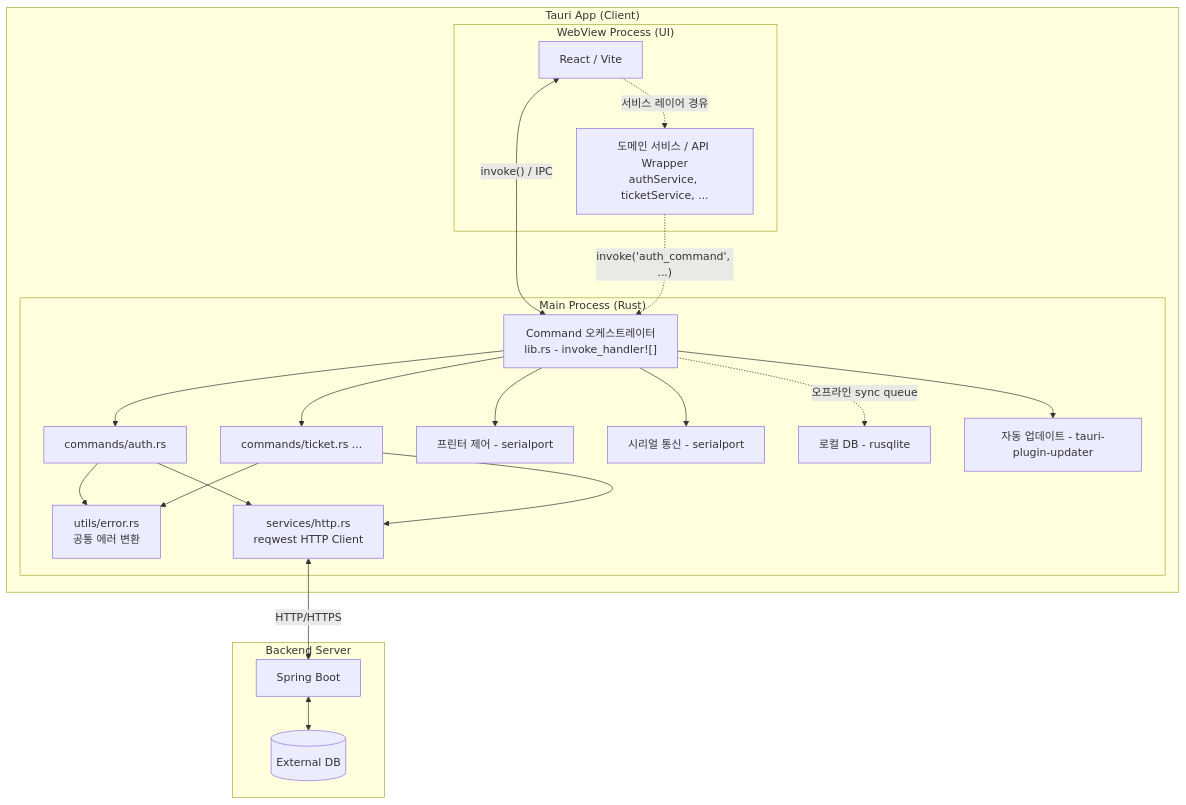
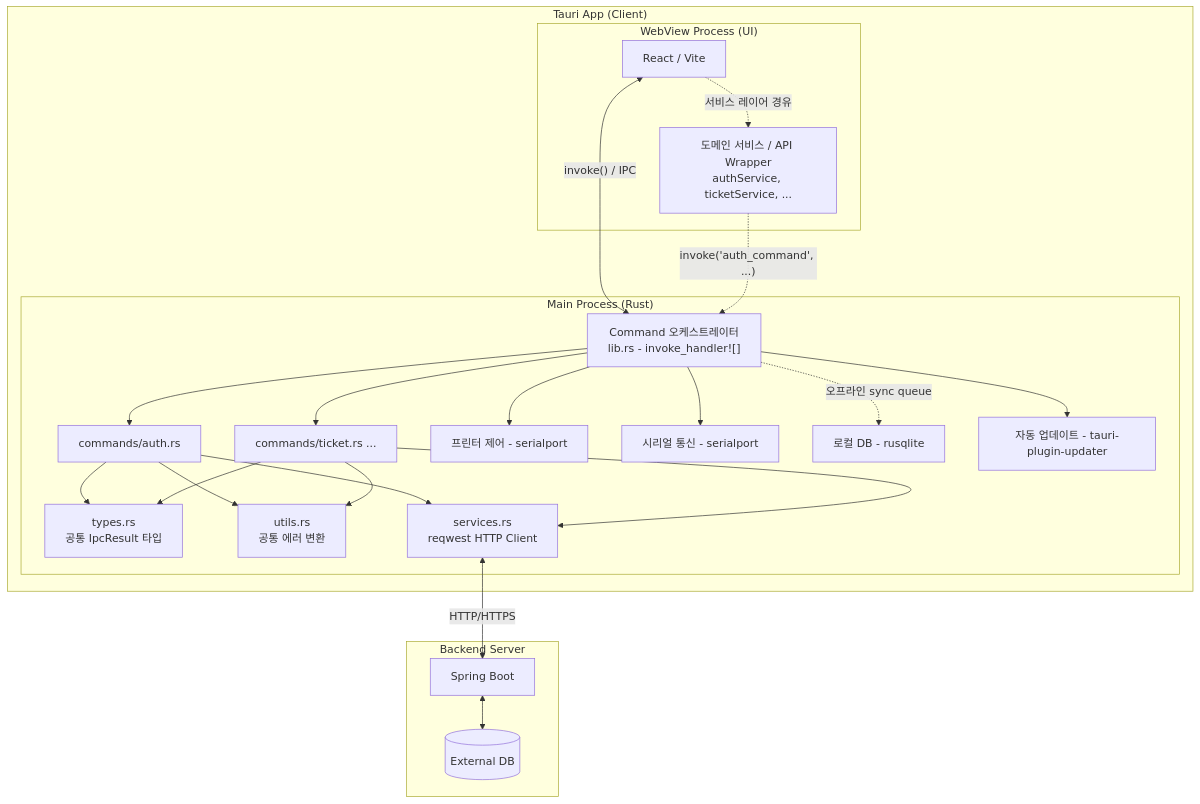
One commit to blueclover22/study_tauri changed the first of 2 diagrams in README.md. Above: the diagram before and after it, drawn with Mermaid. The commit also changed other lines of this file and 20 other files, not shown here.

````diff
--- a/README.md
+++ b/README.md
@@ -110,43 +115,46 @@
 ```mermaid
 graph TD
     subgraph "Tauri App (Client)"
         subgraph "WebView Process (UI)"
             UI[React / Vite]
             API_SVC["도메인 서비스 / API Wrapper\nauthService, ticketService, ..."]
         end
 
         subgraph "Main Process (Rust)"
             CMDS["Command 오케스트레이터\nlib.rs - invoke_handler![]"]
             AUTH_C["commands/auth.rs"]
             TICKET_C["commands/ticket.rs ..."]
-            UTIL["utils/error.rs\n공통 에러 변환"]
-            HTTP["services/http.rs\nreqwest HTTP Client"]
+            TYPES["types.rs\n공통 IpcResult 타입"]
+            UTIL["utils.rs\n공통 에러 변환"]
+            HTTP["services.rs\nreqwest HTTP Client"]
             PRINTER[프린터 제어 - serialport]
             SERIAL[시리얼 통신 - serialport]
             SQLITE["로컬 DB - rusqlite"]
             UPDATER[자동 업데이트 - tauri-plugin-updater]
         end
 
         UI <-->|"invoke() / IPC"| CMDS
         UI -.->|서비스 레이어 경유| API_SVC
         API_SVC -.->|"invoke('auth_command', ...)"| CMDS
         CMDS --> AUTH_C
         CMDS --> TICKET_C
+        AUTH_C --> TYPES
         AUTH_C --> UTIL
+        TICKET_C --> TYPES
         TICKET_C --> UTIL
         AUTH_C --> HTTP
         TICKET_C --> HTTP
         CMDS -.->|오프라인 sync queue| SQLITE
         CMDS --> PRINTER
         CMDS --> SERIAL
         CMDS --> UPDATER
     end
 
     subgraph "Backend Server"
         SB[Spring Boot]
         DB[(External DB)]
     end
 
     HTTP <-->|HTTP/HTTPS| SB
     SB <--> DB
 ```
````
